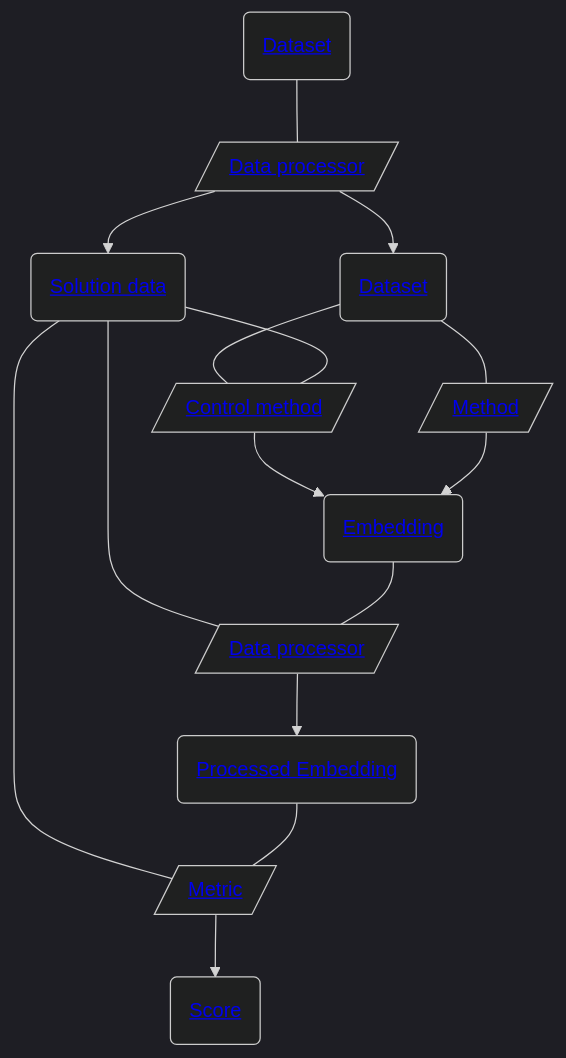
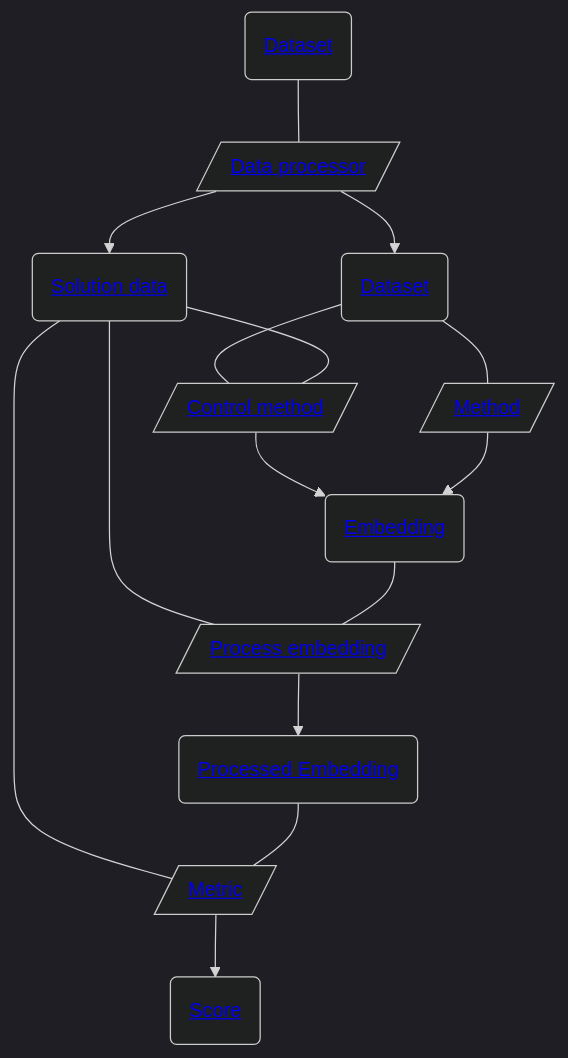
The diagram in README.md (openproblems-bio/task_dimensionality_reduction), drawn with Mermaid (dark theme) before and after one commit. The commit also changed other lines of this file and 89 other files, not shown here.

````diff
--- a/README.md
+++ b/README.md
@@ -69,28 +69,28 @@
 ``` mermaid
 flowchart TB
   file_common_dataset("<a href='https://github.com/openproblems-bio/task_dimensionality_reduction#file-format-dataset'>Dataset</a>")
   comp_process_dataset[/"<a href='https://github.com/openproblems-bio/task_dimensionality_reduction#component-type-data-processor'>Data processor</a>"/]
   file_dataset("<a href='https://github.com/openproblems-bio/task_dimensionality_reduction#file-format-dataset'>Dataset</a>")
   file_solution("<a href='https://github.com/openproblems-bio/task_dimensionality_reduction#file-format-solution-data'>Solution data</a>")
   comp_control_method[/"<a href='https://github.com/openproblems-bio/task_dimensionality_reduction#component-type-control-method'>Control method</a>"/]
   comp_method[/"<a href='https://github.com/openproblems-bio/task_dimensionality_reduction#component-type-method'>Method</a>"/]
   comp_metric[/"<a href='https://github.com/openproblems-bio/task_dimensionality_reduction#component-type-metric'>Metric</a>"/]
-  comp_process_embedding[/"<a href='https://github.com/openproblems-bio/task_dimensionality_reduction#component-type-data-processor'>Data processor</a>"/]
+  comp_process_embedding[/"<a href='https://github.com/openproblems-bio/task_dimensionality_reduction#component-type-process-embedding'>Process embedding</a>"/]
   file_embedding("<a href='https://github.com/openproblems-bio/task_dimensionality_reduction#file-format-embedding'>Embedding</a>")
   file_score("<a href='https://github.com/openproblems-bio/task_dimensionality_reduction#file-format-score'>Score</a>")
   file_processed_embedding("<a href='https://github.com/openproblems-bio/task_dimensionality_reduction#file-format-processed-embedding'>Processed Embedding</a>")
   file_common_dataset---comp_process_dataset
   comp_process_dataset-->file_dataset
   comp_process_dataset-->file_solution
   file_dataset---comp_control_method
   file_dataset---comp_method
   file_solution---comp_control_method
   file_solution---comp_metric
   file_solution---comp_process_embedding
   comp_control_method-->file_embedding
   comp_method-->file_embedding
   comp_metric-->file_score
   comp_process_embedding-->file_processed_embedding
   file_embedding---comp_process_embedding
   file_processed_embedding---comp_metric
 ```
````
